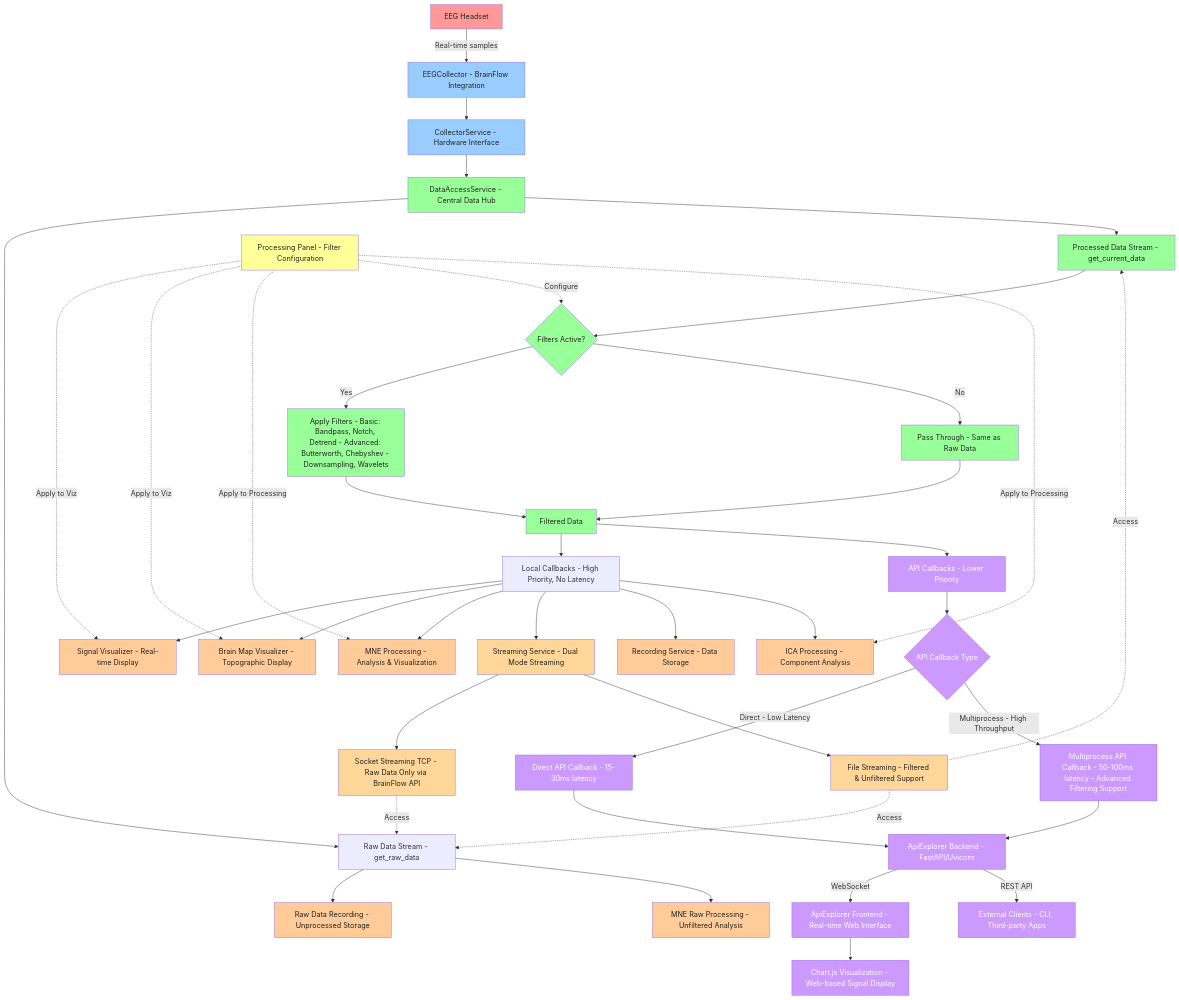
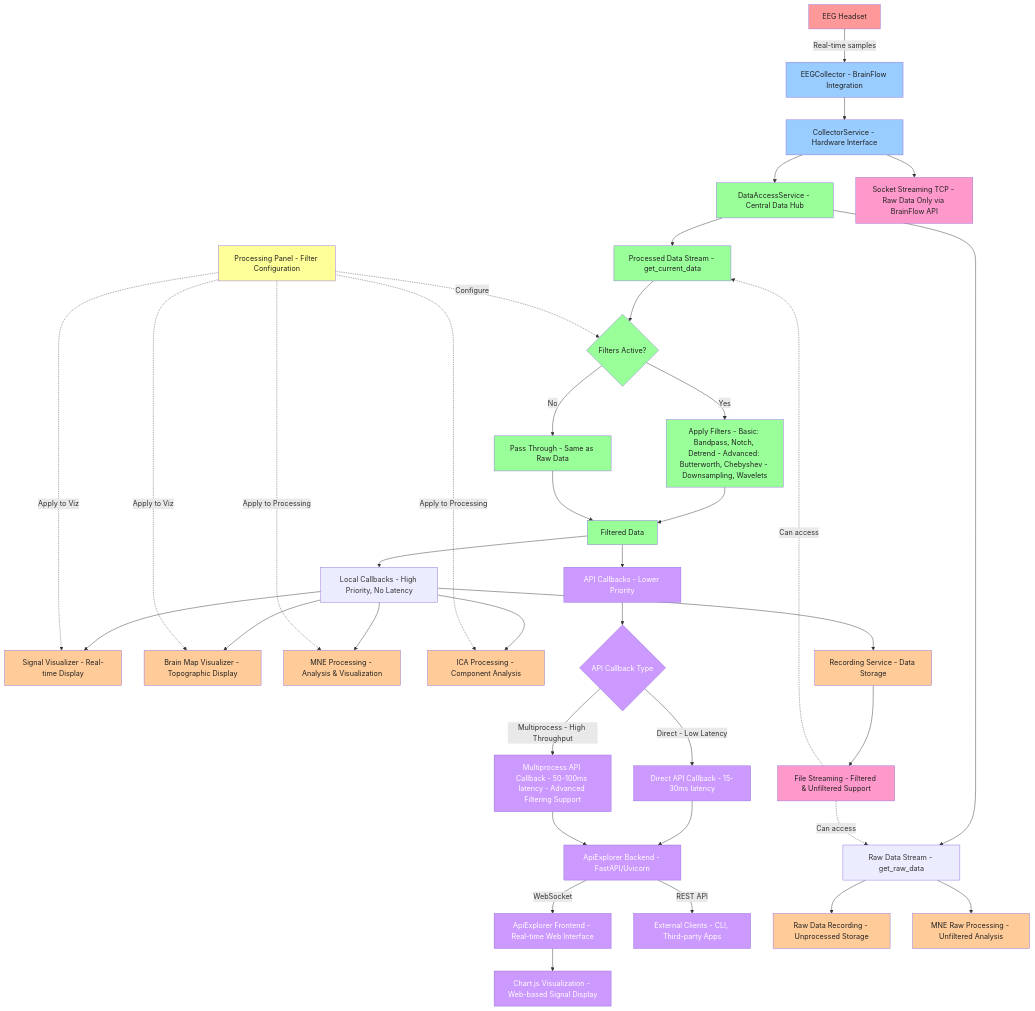
One commit to PabloSoage/NeuroSync-Framework changed the diagram in Diagrams/EegProcessor/final_diagrams/samples_flowchart_with_streamers.md. Above: the diagram before and after it, drawn with Mermaid.

Commit message:
Flowchart V2

````diff
--- a/Diagrams/EegProcessor/final_diagrams/samples_flowchart_with_streamers.md
+++ b/Diagrams/EegProcessor/final_diagrams/samples_flowchart_with_streamers.md
@@ -23,26 +23,25 @@
     J --> L[API Callbacks - Lower Priority]
     
     %% Local Consumers
-    
     K --> M[Signal Visualizer - Real-time Display]
     K --> N[Brain Map Visualizer - Topographic Display]
     K --> P[MNE Processing - Analysis & Visualization]
-    K --> R[Streaming Service - Dual Mode Streaming]
+    K --> Q[ICA Processing - Component Analysis]
     K --> O[Recording Service - Data Storage]
-    K --> Q[ICA Processing - Component Analysis]
     
-    %% Streaming Service Branching
-    R --> R2[Socket Streaming TCP - Raw Data Only via BrainFlow API]
-    R --> R1[File Streaming - Filtered & Unfiltered Support]
-    R1 -.->|Access| F
-    R1 -.->|Access| E
-    R2 -.->|Access| E
+    %% Socket Streaming (Direct from Collector)
+    C --> R1[Socket Streaming TCP - Raw Data Only via BrainFlow API]
+    
+    %% File Streaming (From Recording Service)
+    O --> R2[File Streaming - Filtered & Unfiltered Support]
+    R2 -.->|Can access| E
+    R2 -.->|Can access| F
     
     %% Filter Configuration
-    S[Processing Panel - Filter Configuration] -.->|Apply to Viz| M
+    S[Processing Panel - Filter Configuration] -.->|Configure| G
+    S -.->|Apply to Viz| M
     S -.->|Apply to Viz| N
     S -.->|Apply to Processing| P
-    S -.->|Configure| G
     S -.->|Apply to Processing| Q
     
     %% API Branch
@@ -72,7 +71,7 @@
     classDef consumers fill:#ffcc99,color:#222;
     classDef api fill:#cc99ff,color:#fff;
     classDef config fill:#ffff99,color:#222;
-    classDef streaming fill:#ffd699,color:#222;
+    classDef streaming fill:#ff99cc,color:#222;
     
     class A hardware
     class B,C collection
@@ -80,5 +79,5 @@
     class M,N,O,P,Q,AA,BB consumers
     class L,T,U,V,W,X,Y,Z api
     class S config
-    class R,R1,R2 streaming
+    class R1,R2 streaming
 ```
````
